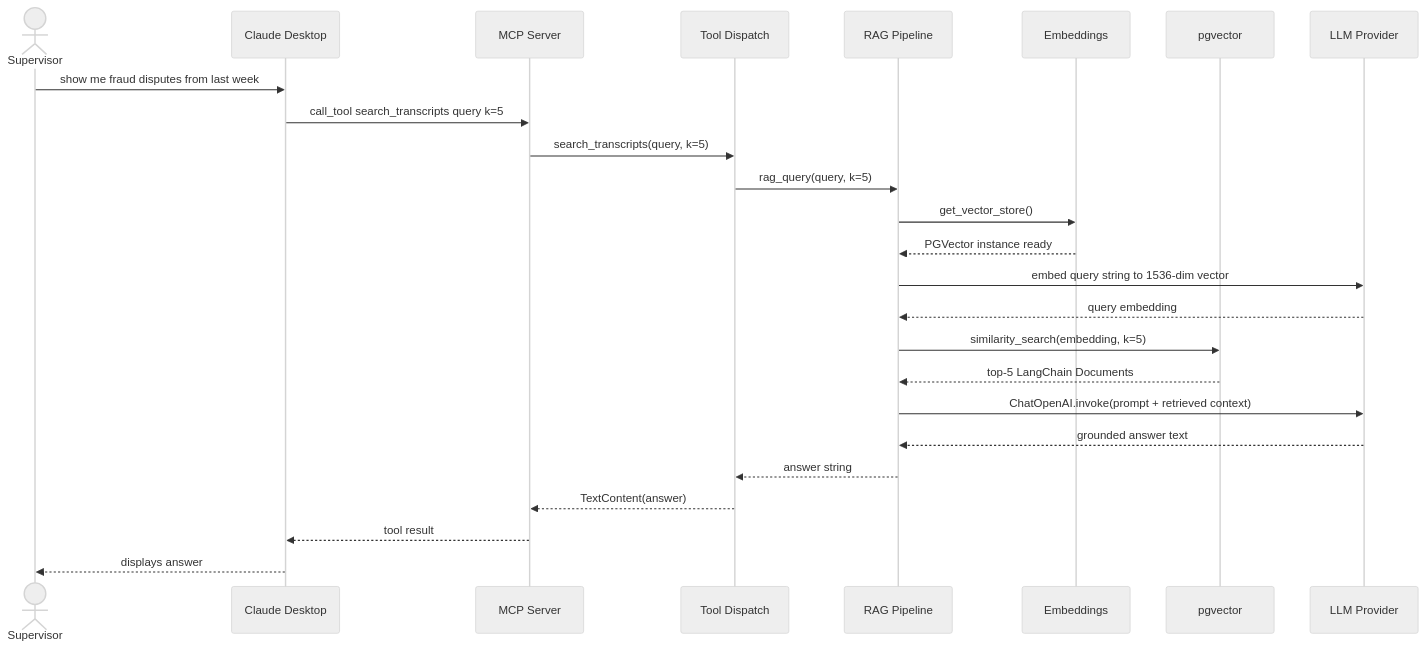
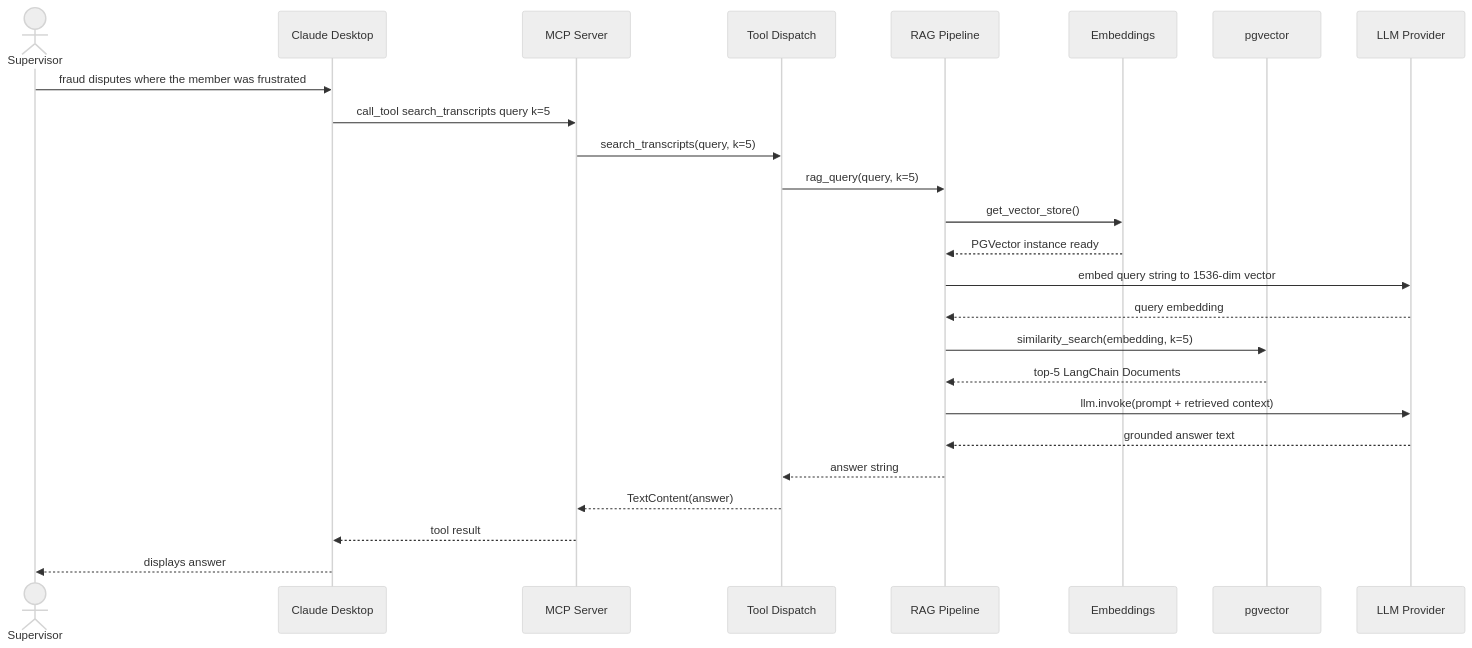
Before and after one commit to HendoCode/contact-center-ai: the fourth of 5 diagrams in blogs/01-the-blueprint/index.md, drawn with Mermaid (neutral theme). The commit also changed other lines of this file and 7 other files, not shown here.

````diff
--- a/blogs/01-the-blueprint/index.md
+++ b/blogs/01-the-blueprint/index.md
@@ -159,28 +162,28 @@
 ```mermaid
 sequenceDiagram
     actor Supervisor
     participant CD as Claude Desktop
     participant MCP as MCP Server
     participant Tools as Tool Dispatch
     participant RAG as RAG Pipeline
     participant Embed as Embeddings
     participant PG as pgvector
     participant LLM as LLM Provider
 
-    Supervisor->>CD: show me fraud disputes from last week
+    Supervisor->>CD: fraud disputes where the member was frustrated
     CD->>MCP: call_tool search_transcripts query k=5
     MCP->>Tools: search_transcripts(query, k=5)
     Tools->>RAG: rag_query(query, k=5)
     RAG->>Embed: get_vector_store()
     Embed-->>RAG: PGVector instance ready
     RAG->>LLM: embed query string to 1536-dim vector
     LLM-->>RAG: query embedding
     RAG->>PG: similarity_search(embedding, k=5)
     PG-->>RAG: top-5 LangChain Documents
-    RAG->>LLM: ChatOpenAI.invoke(prompt + retrieved context)
+    RAG->>LLM: llm.invoke(prompt + retrieved context)
     LLM-->>RAG: grounded answer text
     RAG-->>Tools: answer string
     Tools-->>MCP: TextContent(answer)
     MCP-->>CD: tool result
     CD-->>Supervisor: displays answer
 ```
````
